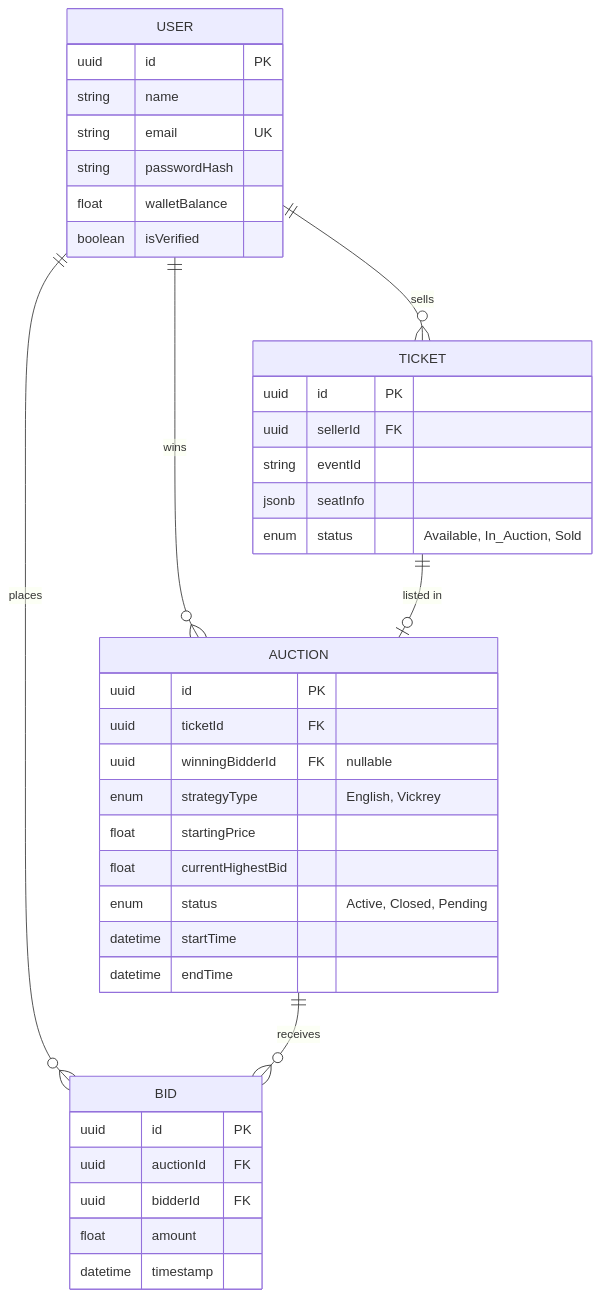
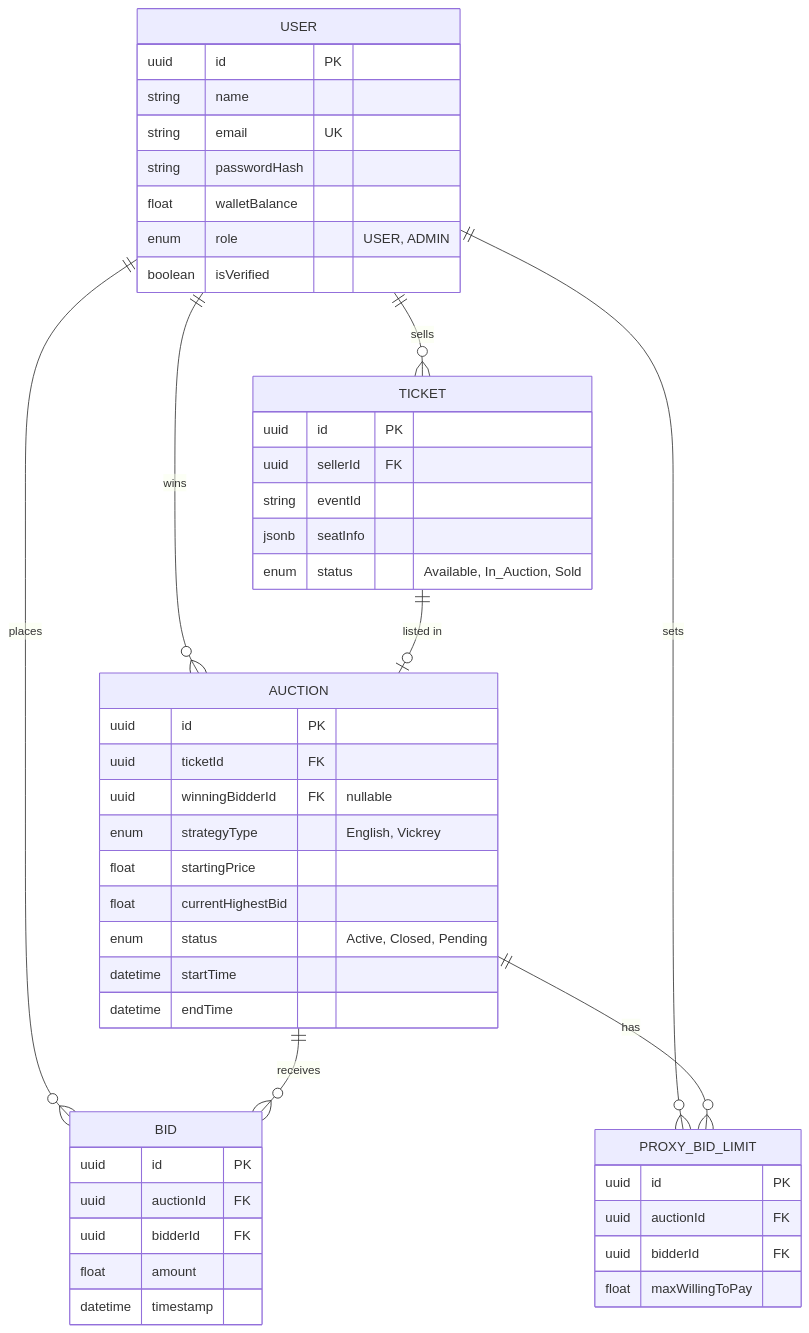
One commit to hetvi3012/Auction changed the second of 5 diagrams in system_design_document.md. Above: the diagram before and after it, drawn with Mermaid. The commit also changed other lines of this file and 8 other files, not shown here.

Commit message:
Add Docker setup, ARCHITECTURE.md, and update all docs

````diff
--- a/system_design_document.md
+++ b/system_design_document.md
@@ -56,47 +76,57 @@
 ```mermaid
 erDiagram
     USER ||--o{ TICKET : "sells"
     USER ||--o{ BID : "places"
     USER ||--o{ AUCTION : "wins"
+    USER ||--o{ PROXY_BID_LIMIT : "sets"
     
     TICKET ||--o| AUCTION : "listed in"
     
     AUCTION ||--o{ BID : "receives"
+    AUCTION ||--o{ PROXY_BID_LIMIT : "has"
     
     USER {
         uuid id PK
         string name
         string email UK
         string passwordHash
         float walletBalance
+        enum role "USER, ADMIN"
         boolean isVerified
     }
     
     TICKET {
         uuid id PK
         uuid sellerId FK
         string eventId
         jsonb seatInfo
         enum status "Available, In_Auction, Sold"
     }
     
     AUCTION {
         uuid id PK
         uuid ticketId FK
         uuid winningBidderId FK "nullable"
         enum strategyType "English, Vickrey"
         float startingPrice
         float currentHighestBid
         enum status "Active, Closed, Pending"
         datetime startTime
         datetime endTime
     }
     
     BID {
         uuid id PK
         uuid auctionId FK
         uuid bidderId FK
         float amount
         datetime timestamp
     }
+
+    PROXY_BID_LIMIT {
+        uuid id PK
+        uuid auctionId FK
+        uuid bidderId FK
+        float maxWillingToPay
+    }
 ```
````
